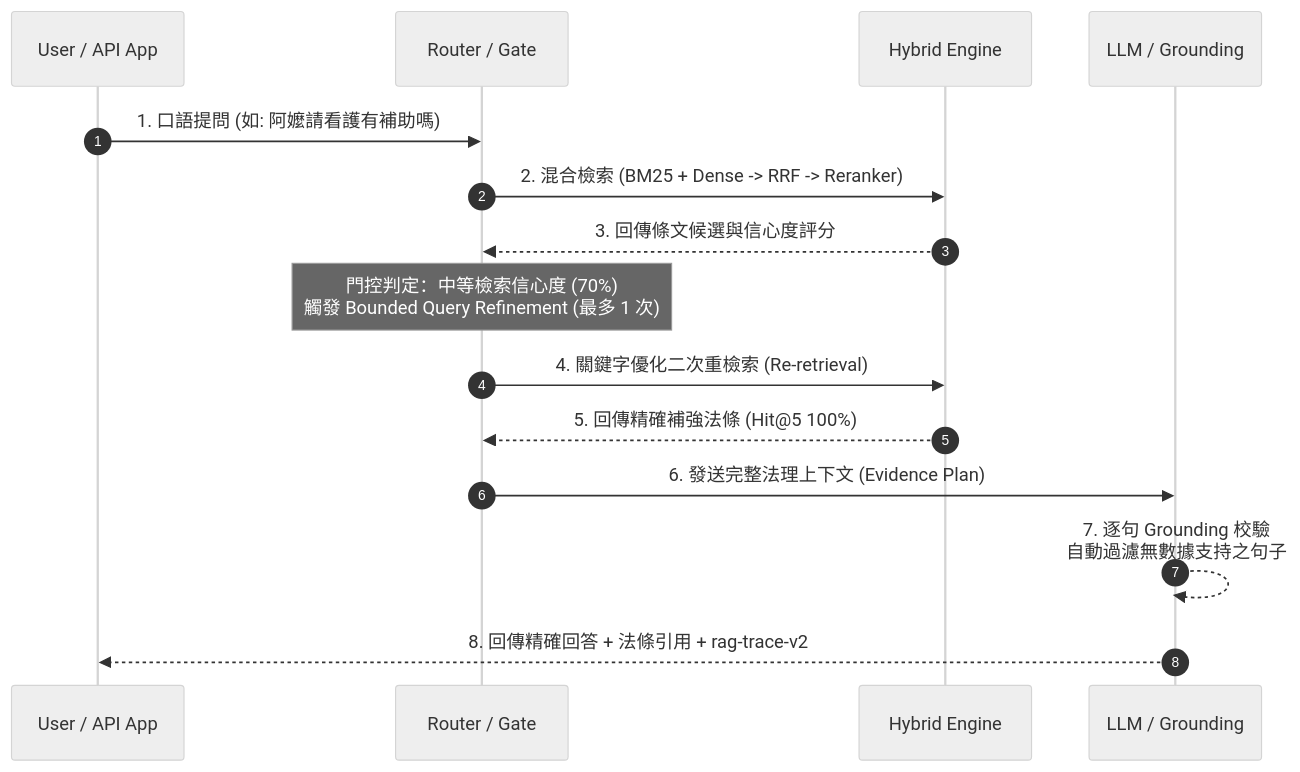
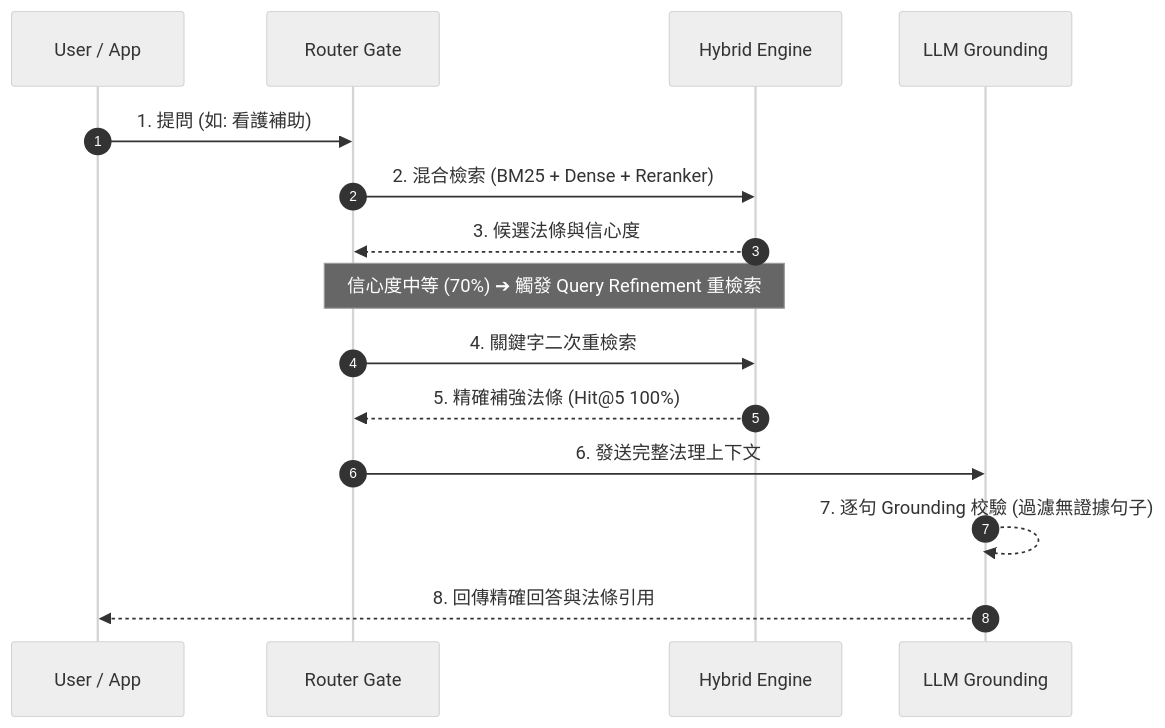
The diagram in README.md (kuotunyu/tw-longcare-rag), drawn with Mermaid (neutral theme) before and after one commit.

Commit message:
docs: optimize sequence diagram size to remove pan-zoom overlay and enlarge font

````diff
--- a/README.md
+++ b/README.md
@@ -34,18 +34,18 @@
 ```mermaid
 sequenceDiagram
     autonumber
-    participant App as User / API App
-    participant Gate as Router / Gate
+    participant App as User / App
+    participant Gate as Router Gate
     participant Engine as Hybrid Engine
-    participant LLM as LLM / Grounding
+    participant LLM as LLM Grounding
 
-    App->>Gate: 1. 口語提問 (如: 阿嬤請看護有補助嗎)
-    Gate->>Engine: 2. 混合檢索 (BM25 + Dense -> RRF -> Reranker)
-    Engine-->>Gate: 3. 回傳條文候選與信心度評分
-    Note over Gate: 門控判定：中等檢索信心度 (70%)<br/>觸發 Bounded Query Refinement (最多 1 次)
-    Gate->>Engine: 4. 關鍵字優化二次重檢索 (Re-retrieval)
-    Engine-->>Gate: 5. 回傳精確補強法條 (Hit@5 100%)
-    Gate->>LLM: 6. 發送完整法理上下文 (Evidence Plan)
-    LLM-->>LLM: 7. 逐句 Grounding 校驗<br/>自動過濾無數據支持之句子
-    LLM-->>App: 8. 回傳精確回答 + 法條引用 + rag-trace-v2
+    App->>Gate: 1. 提問 (如: 看護補助)
+    Gate->>Engine: 2. 混合檢索 (BM25 + Dense + Reranker)
+    Engine-->>Gate: 3. 候選法條與信心度
+    Note over Gate,Engine: 信心度中等 (70%) ➔ 觸發 Query Refinement 重檢索
+    Gate->>Engine: 4. 關鍵字二次重檢索
+    Engine-->>Gate: 5. 精確補強法條 (Hit@5 100%)
+    Gate->>LLM: 6. 發送完整法理上下文
+    LLM-->>LLM: 7. 逐句 Grounding 校驗 (過濾無證據句子)
+    LLM-->>App: 8. 回傳精確回答與法條引用
 ```
````
